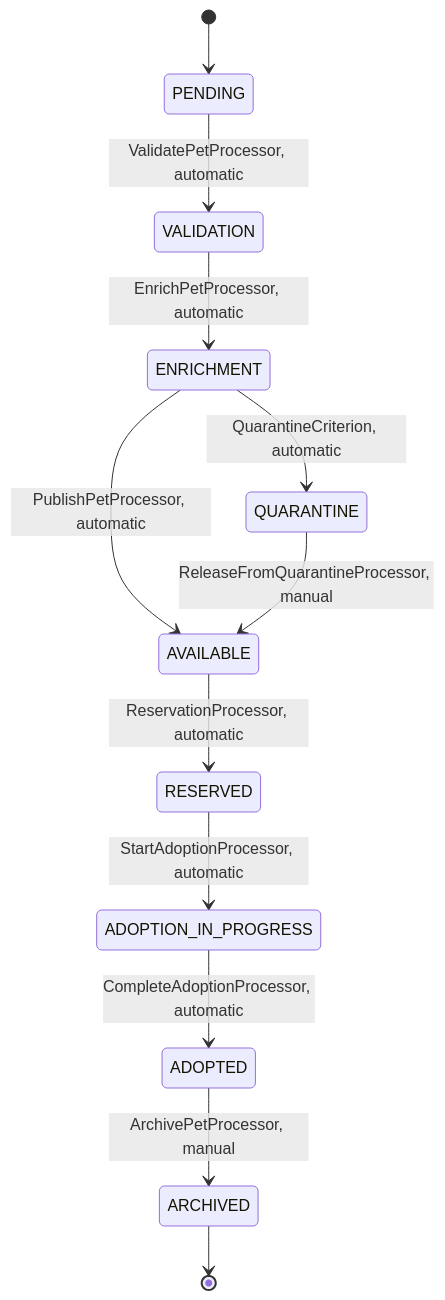
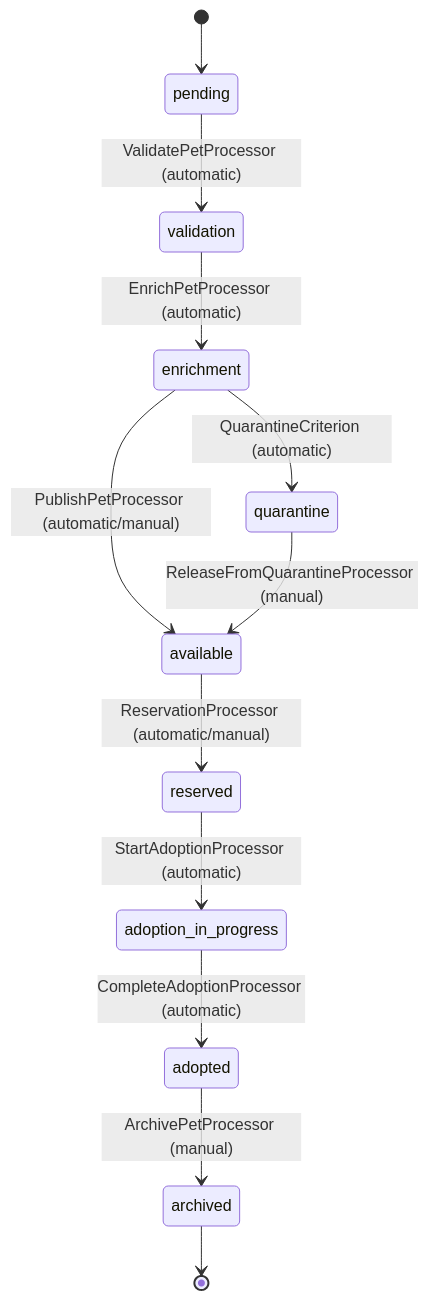
The first of 3 diagrams in src/main/java/com/java_template/prototype/functional_requirement.md (Cyoda-platform/java-client-template), drawn with Mermaid before and after one commit. The commit also changed other lines of this file, not shown here.

````diff
--- a/src/main/java/com/java_template/prototype/functional_requirement.md
+++ b/src/main/java/com/java_template/prototype/functional_requirement.md
@@ -67,14 +90,14 @@
 ```mermaid
 stateDiagram-v2
-    [*] --> PENDING
-    PENDING --> VALIDATION : ValidatePetProcessor, automatic
-    VALIDATION --> ENRICHMENT : EnrichPetProcessor, automatic
-    ENRICHMENT --> AVAILABLE : PublishPetProcessor, automatic
-    ENRICHMENT --> QUARANTINE : QuarantineCriterion, automatic
-    AVAILABLE --> RESERVED : ReservationProcessor, automatic
-    RESERVED --> ADOPTION_IN_PROGRESS : StartAdoptionProcessor, automatic
-    ADOPTION_IN_PROGRESS --> ADOPTED : CompleteAdoptionProcessor, automatic
-    ADOPTED --> ARCHIVED : ArchivePetProcessor, manual
-    QUARANTINE --> AVAILABLE : ReleaseFromQuarantineProcessor, manual
-    ARCHIVED --> [*]
+    [*] --> pending
+    pending --> validation : ValidatePetProcessor (automatic)
+    validation --> enrichment : EnrichPetProcessor (automatic)
+    enrichment --> available : PublishPetProcessor (automatic/manual)
+    enrichment --> quarantine : QuarantineCriterion (automatic)
+    available --> reserved : ReservationProcessor (automatic/manual)
+    reserved --> adoption_in_progress : StartAdoptionProcessor (automatic)
+    adoption_in_progress --> adopted : CompleteAdoptionProcessor (automatic)
+    adopted --> archived : ArchivePetProcessor (manual)
+    quarantine --> available : ReleaseFromQuarantineProcessor (manual)
+    archived --> [*]
 ```
````
